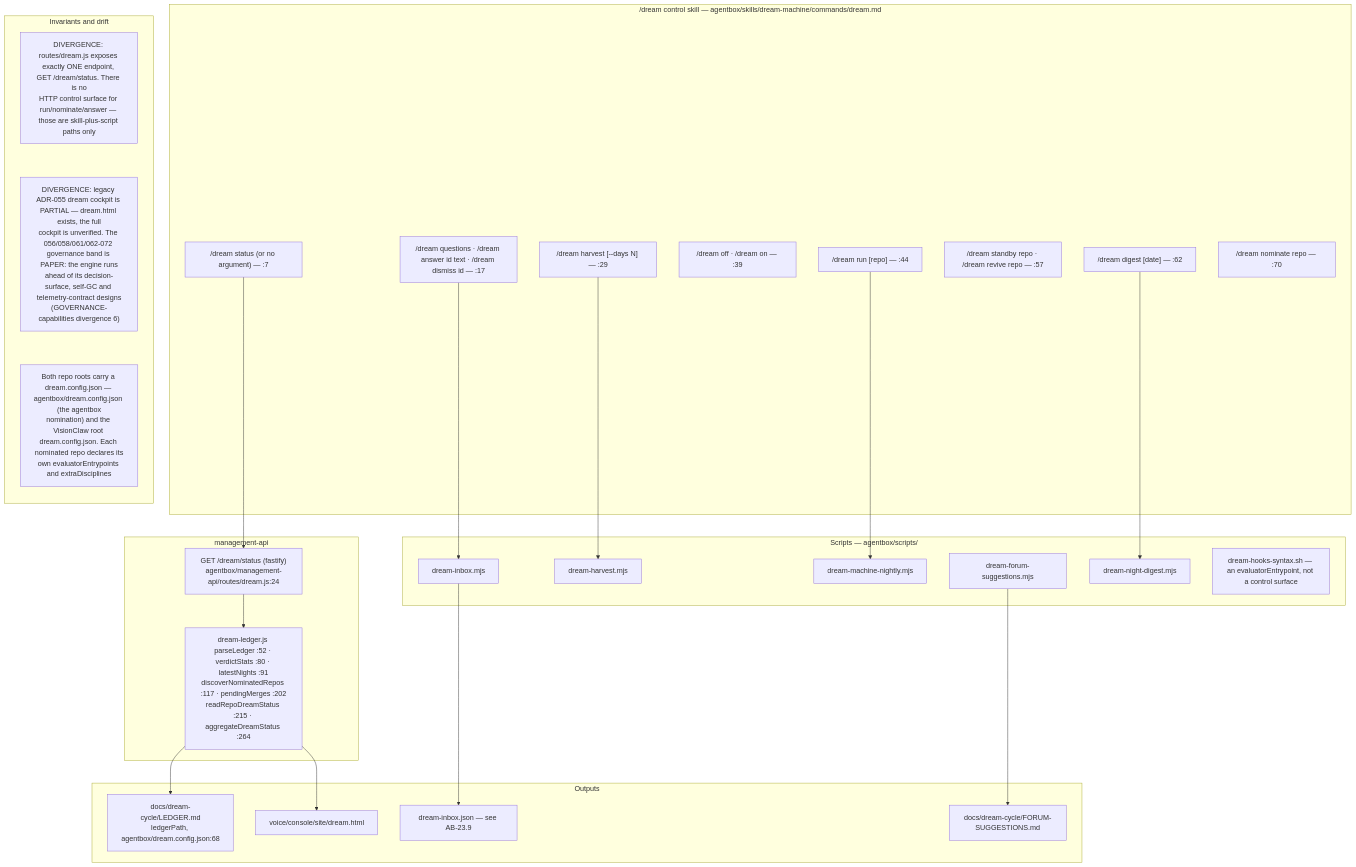
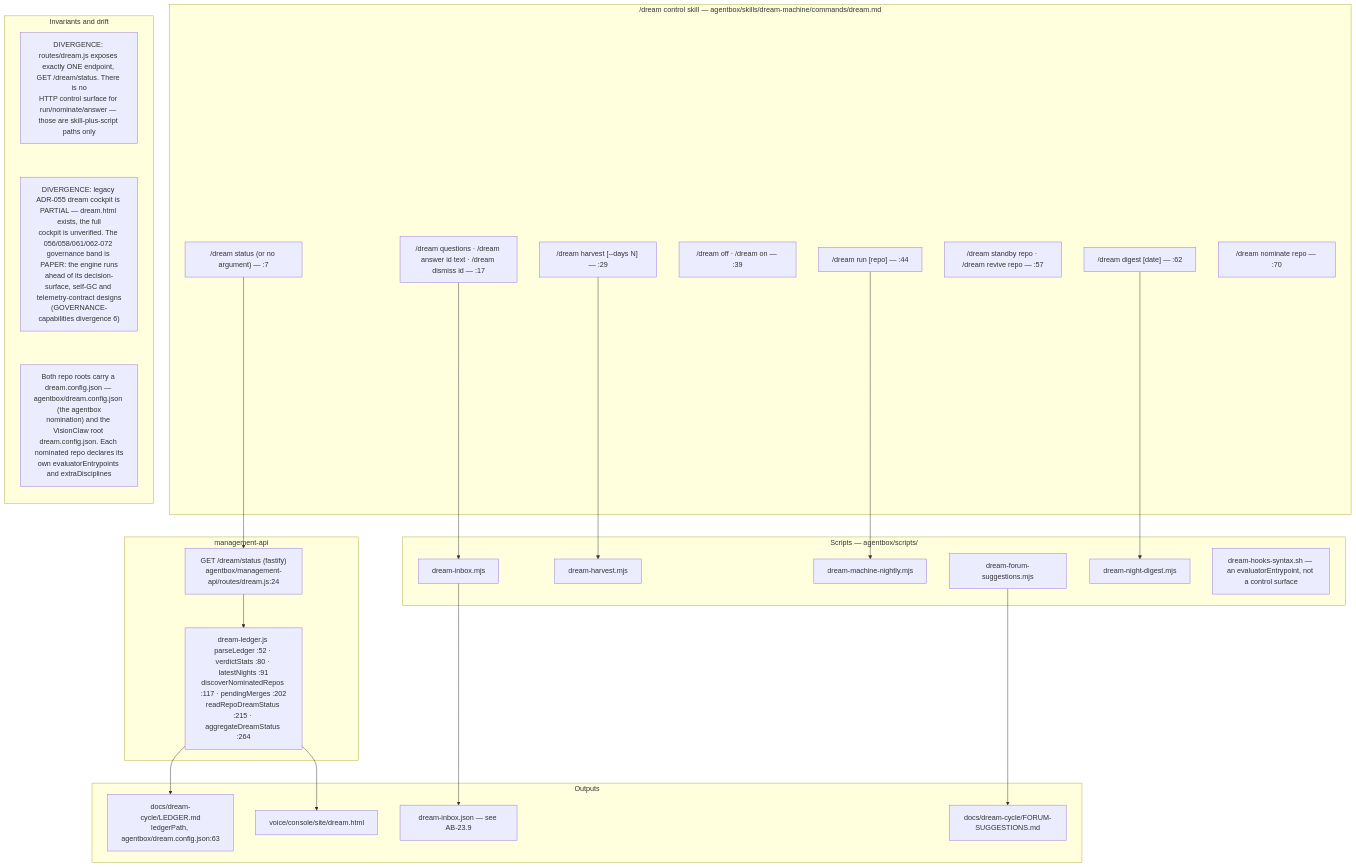
Before and after one commit to DreamLab-AI/AR-AI-Knowledge-Graph: the tenth of 10 diagrams in docs/diagrams/agentbox/23-dream-engine.md, drawn with Mermaid. The commit also changed other lines of this file and 73 other files, not shown here.

First line of the commit message:
docs(diagrams): re-verify all 71 topic files against HEAD; add --cite-check

````diff
--- a/docs/diagrams/agentbox/23-dream-engine.md
+++ b/docs/diagrams/agentbox/23-dream-engine.md
@@ -490,48 +490,48 @@
 ```mermaid
 flowchart TB
     subgraph skill["/dream control skill — agentbox/skills/dream-machine/commands/dream.md"]
         S1["/dream status (or no argument) — :7"]
         S2["/dream questions · /dream answer id text · /dream dismiss id — :17"]
         S3["/dream harvest [--days N] — :29"]
         S4["/dream off · /dream on — :39"]
         S5["/dream run [repo] — :44"]
         S6["/dream standby repo · /dream revive repo — :57"]
         S7["/dream digest [date] — :62"]
         S8["/dream nominate repo — :70"]
     end
     subgraph scripts["Scripts — agentbox/scripts/"]
         N1["dream-machine-nightly.mjs"]
         N2["dream-inbox.mjs"]
         N3["dream-harvest.mjs"]
         N4["dream-forum-suggestions.mjs"]
         N5["dream-night-digest.mjs"]
         N6["dream-hooks-syntax.sh — an evaluatorEntrypoint, not a control surface"]
     end
     subgraph api["management-api"]
         R1["GET /dream/status (fastify)<br/>agentbox/management-api/routes/dream.js:24"]
         L1["dream-ledger.js parseLedger :52 · verdictStats :80 · latestNights :91<br/>discoverNominatedRepos :117 · pendingMerges :202<br/>readRepoDreamStatus :215 · aggregateDreamStatus :264"]
     end
     subgraph out["Outputs"]
-        O1["docs/dream-cycle/LEDGER.md<br/>ledgerPath, agentbox/dream.config.json:68"]
+        O1["docs/dream-cycle/LEDGER.md<br/>ledgerPath, agentbox/dream.config.json:63"]
         O2["docs/dream-cycle/FORUM-SUGGESTIONS.md"]
         O3["dream-inbox.json — see AB-23.9"]
         O4["voice/console/site/dream.html"]
     end
     S1 --> R1
     R1 --> L1
     L1 --> O1
     S3 --> N3
     S2 --> N2
     N2 --> O3
     S7 --> N5
     S5 --> N1
     N4 --> O2
     L1 --> O4
     subgraph notes["Invariants and drift"]
         direction TB
         ND1["DIVERGENCE: routes/dream.js exposes exactly ONE endpoint, GET /dream/status. There is no<br/>HTTP control surface for run/nominate/answer — those are skill-plus-script paths only"]
         ND2["DIVERGENCE: legacy ADR-055 dream cockpit is PARTIAL — dream.html exists, the full<br/>cockpit is unverified. The 056/058/061/062-072 governance band is PAPER: the engine runs<br/>ahead of its decision-surface, self-GC and telemetry-contract designs<br/>(GOVERNANCE-capabilities divergence 6)"]
         ND3["Both repo roots carry a dream.config.json — agentbox/dream.config.json (the agentbox<br/>nomination) and the VisionClaw root dream.config.json. Each nominated repo declares its<br/>own evaluatorEntrypoints and extraDisciplines"]
         ND1 ~~~ ND2 ~~~ ND3
     end
 ```
````
